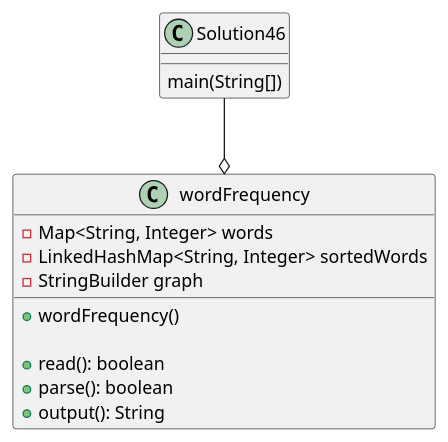
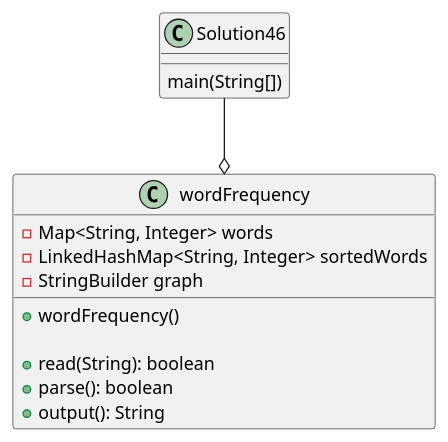
Before and after one commit to Cesar-Hernandez-1/hernandez-a04: the diagram in exercise46/docs/Solution46.puml, drawn with PlantUML. The commit also changed 5 other files, not shown here.

Commit message:
Updated code, comments, UML Diagram, and test cases in exercise46

```diff
--- a/exercise46/docs/Solution46.puml
+++ b/exercise46/docs/Solution46.puml
@@ -1,25 +1,25 @@
 @startuml
 class Solution46{
     main(String[])
     'wordFrequency app = new wordFrequency()
     'app.read()
     'app.parse()
     'app.output()
 }
 
 class wordFrequency{
     'attributes
     - Map<String, Integer> words
     - LinkedHashMap<String, Integer> sortedWords
     - StringBuilder graph
 
     'methods
     + wordFrequency()
 
-    + read(): boolean
+    + read(String): boolean
     + parse(): boolean
     + output(): String
 }
 
 Solution46 --o wordFrequency
 @enduml
```
